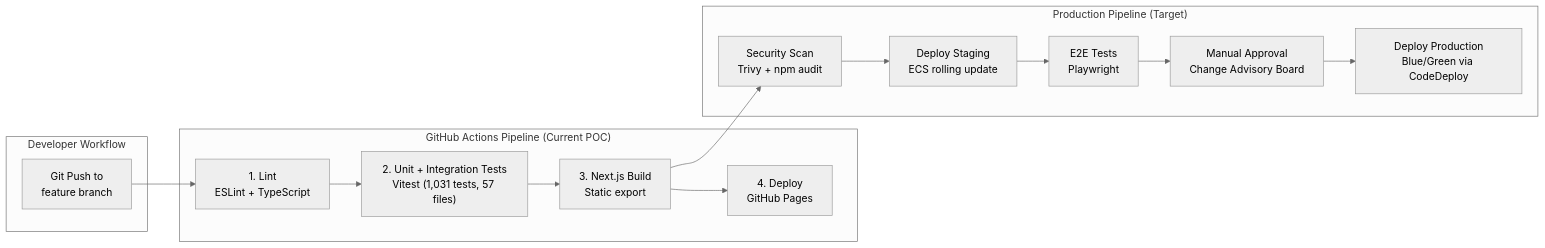
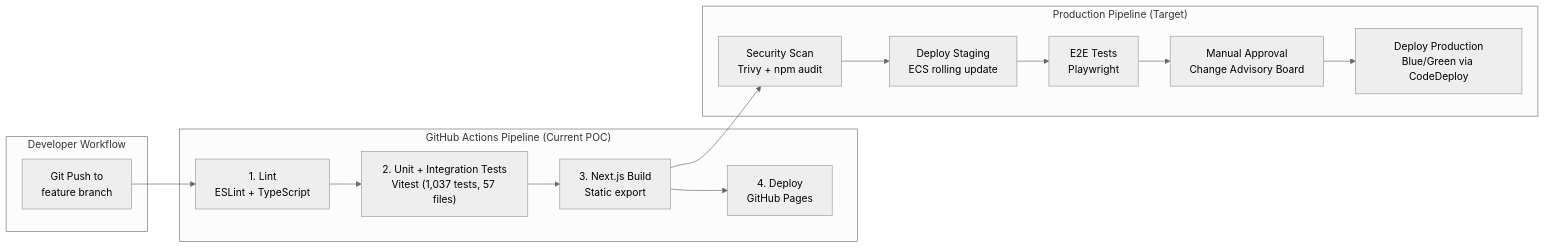
The ninth of 9 diagrams in docs/architecture.md (macleoda-leidos/aib-iaas-poc), drawn with Mermaid (neutral theme) before and after one commit. The commit also changed other lines of this file and 101 other files, not shown here.

First line of the commit message:
docs: refresh requirement docs, render diagrams to SVG/PNG, bump counts

````diff
--- a/docs/architecture.md
+++ b/docs/architecture.md
@@ -742,24 +742,24 @@
 ```mermaid
 graph LR
     subgraph "Developer Workflow"
         commit["Git Push to<br/>feature branch"]
     end
 
     subgraph "GitHub Actions Pipeline (Current POC)"
         lint["1. Lint<br/>ESLint + TypeScript"]
-        test["2. Unit + Integration Tests<br/>Vitest (1,031 tests, 57 files)"]
+        test["2. Unit + Integration Tests<br/>Vitest (1,037 tests, 57 files)"]
         build["3. Next.js Build<br/>Static export"]
         deploy["4. Deploy<br/>GitHub Pages"]
     end
 
     subgraph "Production Pipeline (Target)"
         scan["Security Scan<br/>Trivy + npm audit"]
         staging["Deploy Staging<br/>ECS rolling update"]
         e2e["E2E Tests<br/>Playwright"]
         approve["Manual Approval<br/>Change Advisory Board"]
         prod["Deploy Production<br/>Blue/Green via CodeDeploy"]
     end
 
     commit --> lint --> test --> build --> deploy
     build --> scan --> staging --> e2e --> approve --> prod
 ```
````
